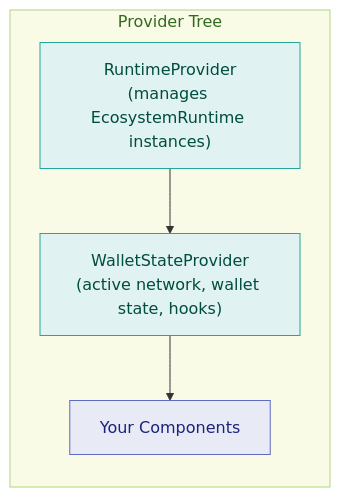
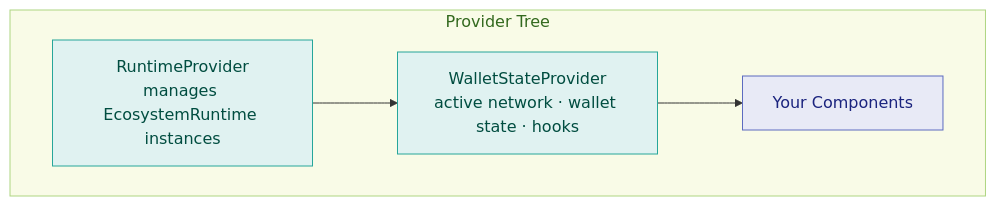
The first of 2 diagrams in content/tools/uikit/react-integration.mdx (OpenZeppelin/docs), drawn with Mermaid before and after one commit.

Commit message:
docs(uikit): fix provider tree diagram text cutoff

````diff
--- a/content/tools/uikit/react-integration.mdx
+++ b/content/tools/uikit/react-integration.mdx
@@ -11,16 +11,17 @@
 ```mermaid
-%%{init: {'flowchart': {'nodeSpacing': 40, 'rankSpacing': 40}} }%%
+%%{init: {'flowchart': {'nodeSpacing': 40, 'rankSpacing': 60}} }%%
 flowchart LR
   subgraph PT["Provider Tree"]
-    RP["RuntimeProvider<br/>(manages EcosystemRuntime instances)"]
-    WSP["WalletStateProvider<br/>(active network, wallet state, hooks)"]
+    direction LR
+    RP["RuntimeProvider<br/>manages EcosystemRuntime instances"]
+    WSP["WalletStateProvider<br/>active network · wallet state · hooks"]
     App["Your Components"]
   end
 
   RP --> WSP --> App
 
   style RP fill:#e0f2f1,stroke:#26a69a,color:#004d40
   style WSP fill:#e0f2f1,stroke:#26a69a,color:#004d40
   style App fill:#e8eaf6,stroke:#5c6bc0,color:#1a237e
   style PT fill:#f9fbe7,stroke:#aed581,color:#33691e
 ```
````
